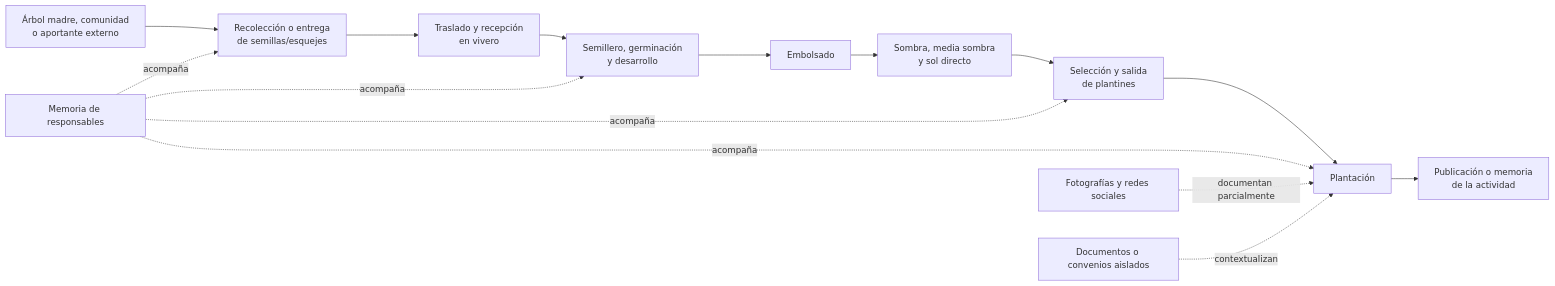
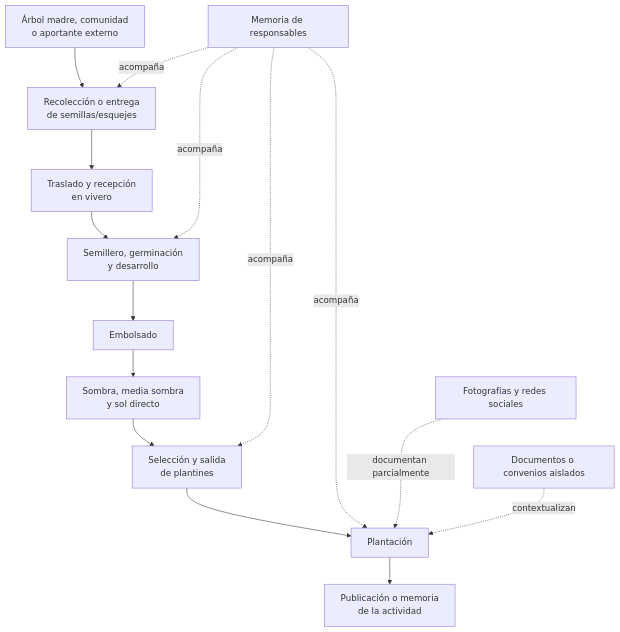
The diagram in documentacion-grado/06_entregables/proyecto_grado/03_1_fase_inicio.md (R3foresta/r3foresta-docs), drawn with Mermaid before and after one commit. The commit also changed other lines of this file and 672 other files, not shown here.

````diff
--- a/documentacion-grado/06_entregables/proyecto_grado/03_1_fase_inicio.md
+++ b/documentacion-grado/06_entregables/proyecto_grado/03_1_fase_inicio.md
@@ -77,18 +80,21 @@
 ```mermaid
-flowchart LR
+flowchart TB
   A[Árbol madre, comunidad<br/>o aportante externo] --> B[Recolección o entrega<br/>de semillas/esquejes]
   B --> C[Traslado y recepción<br/>en vivero]
   C --> D[Semillero, germinación<br/>y desarrollo]
   D --> E[Embolsado]
   E --> F[Sombra, media sombra<br/>y sol directo]
   F --> G[Selección y salida<br/>de plantines]
   G --> H[Plantación]
   H --> I[Publicación o memoria<br/>de la actividad]
 
   M[Memoria de responsables] -. acompaña .-> B
   M -. acompaña .-> D
   M -. acompaña .-> G
   M -. acompaña .-> H
   P[Fotografías y redes sociales] -. documentan parcialmente .-> H
   X[Documentos o convenios aislados] -. contextualizan .-> H
+
+    %% Orden visual; estos enlaces invisibles no son relaciones del dominio.
+    M ~~~ P ~~~ X
 ```
````
